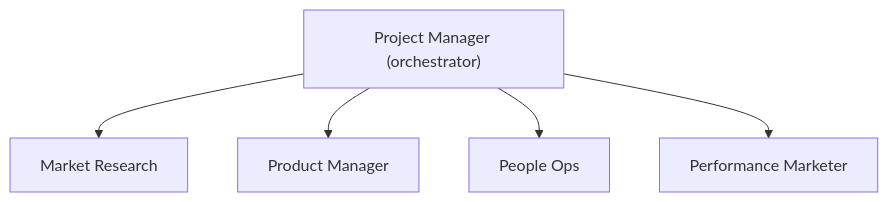
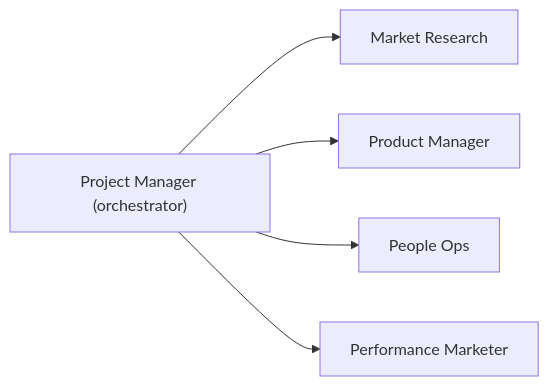
One commit to serenakeyitan/agent-org-chart changed the diagram in charts/company-os/README.md. Above: the diagram before and after it, drawn with Mermaid. The commit also changed other lines of this file and 2 other files, not shown here.

Commit message:
ASCII org chart: horizontal tree layout

````diff
--- a/charts/company-os/README.md
+++ b/charts/company-os/README.md
@@ -37,12 +35,12 @@
 ```mermaid
-flowchart TB
+flowchart LR
   PM["Project Manager (orchestrator)"]
   MR[Market Research]
   Prod[Product Manager]
   PO[People Ops]
   Perf[Performance Marketer]
   PM --> MR
   PM --> Prod
   PM --> PO
   PM --> Perf
 ```
````
